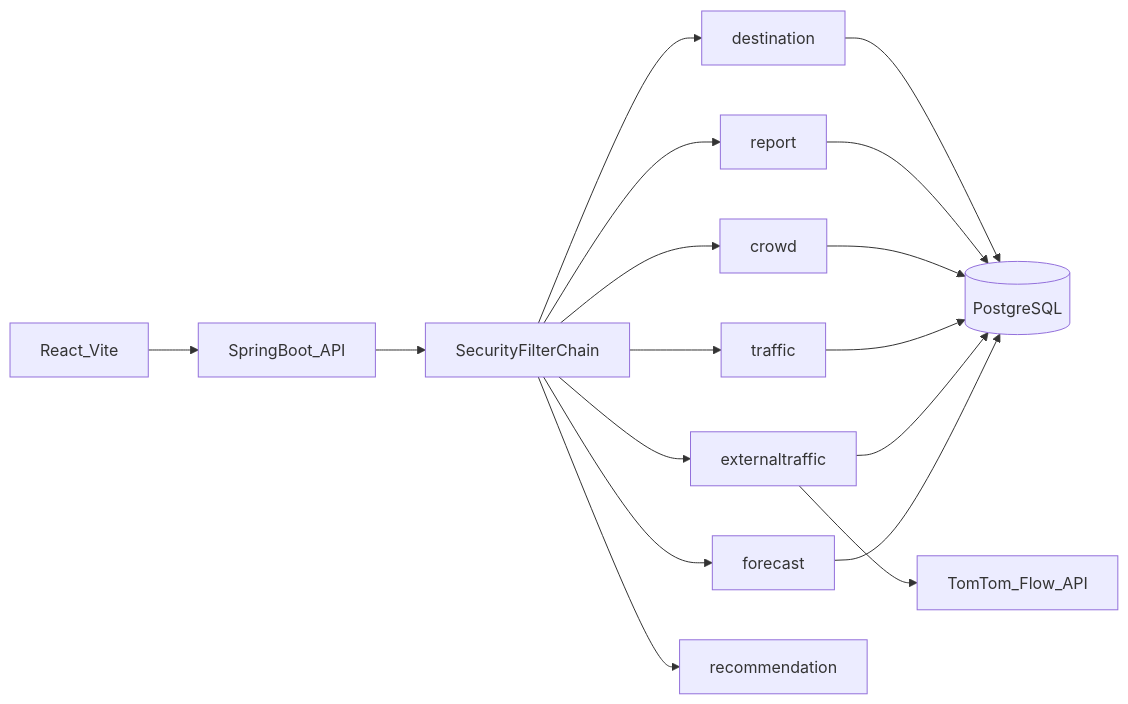
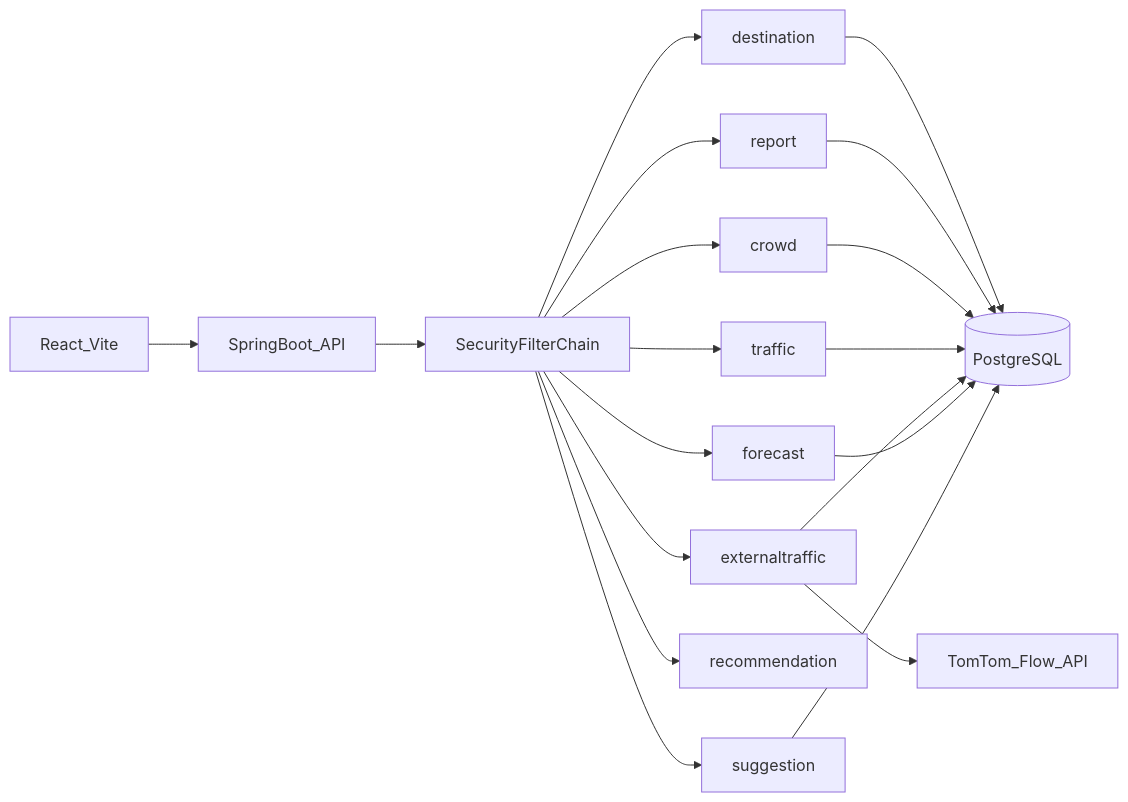
Before and after one commit to I-AmanThapliyal/pdcm: the diagram in docs/ARCHITECTURE.md, drawn with Mermaid. The commit also changed other lines of this file and 28 other files, not shown here.

````diff
--- a/docs/ARCHITECTURE.md
+++ b/docs/ARCHITECTURE.md
@@ -7,19 +7,21 @@
 ```mermaid
 flowchart LR
   browser[React_Vite] --> api[SpringBoot_API]
   api --> security[SecurityFilterChain]
   security --> dest[destination]
   security --> reports[report]
   security --> crowd[crowd]
   security --> traffic[traffic]
   security --> external[externaltraffic]
   security --> forecast[forecast]
   security --> alts[recommendation]
+  security --> suggest[suggestion]
   dest --> db[(PostgreSQL)]
   reports --> db
   crowd --> db
   traffic --> db
   external --> db
   external --> tomtom[TomTom_Flow_API]
   forecast --> db
+  suggest --> db
 ```
````
